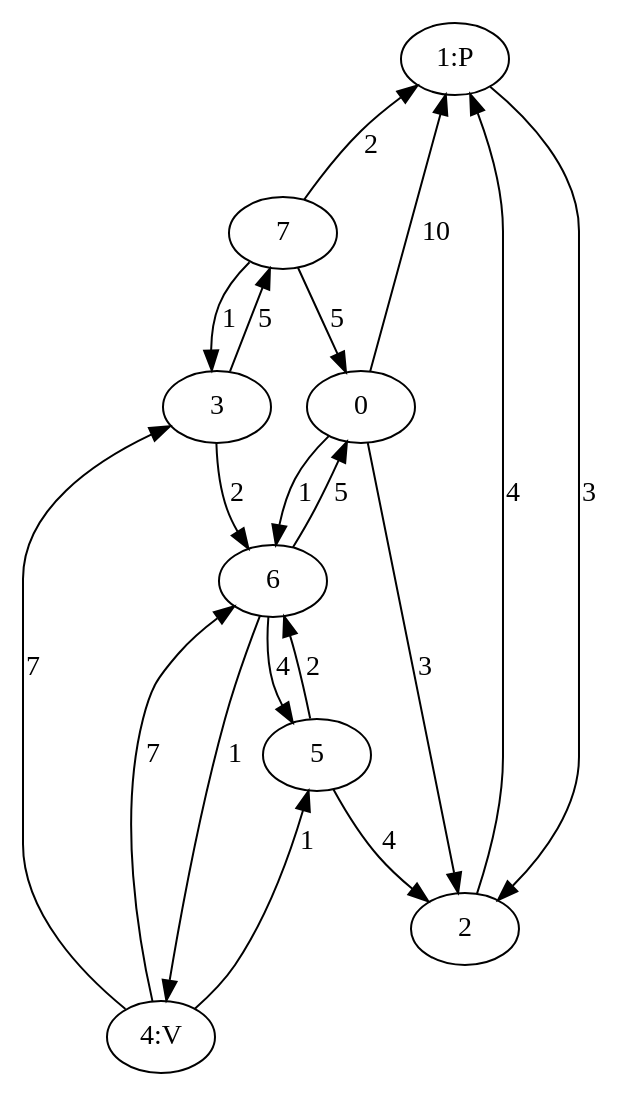
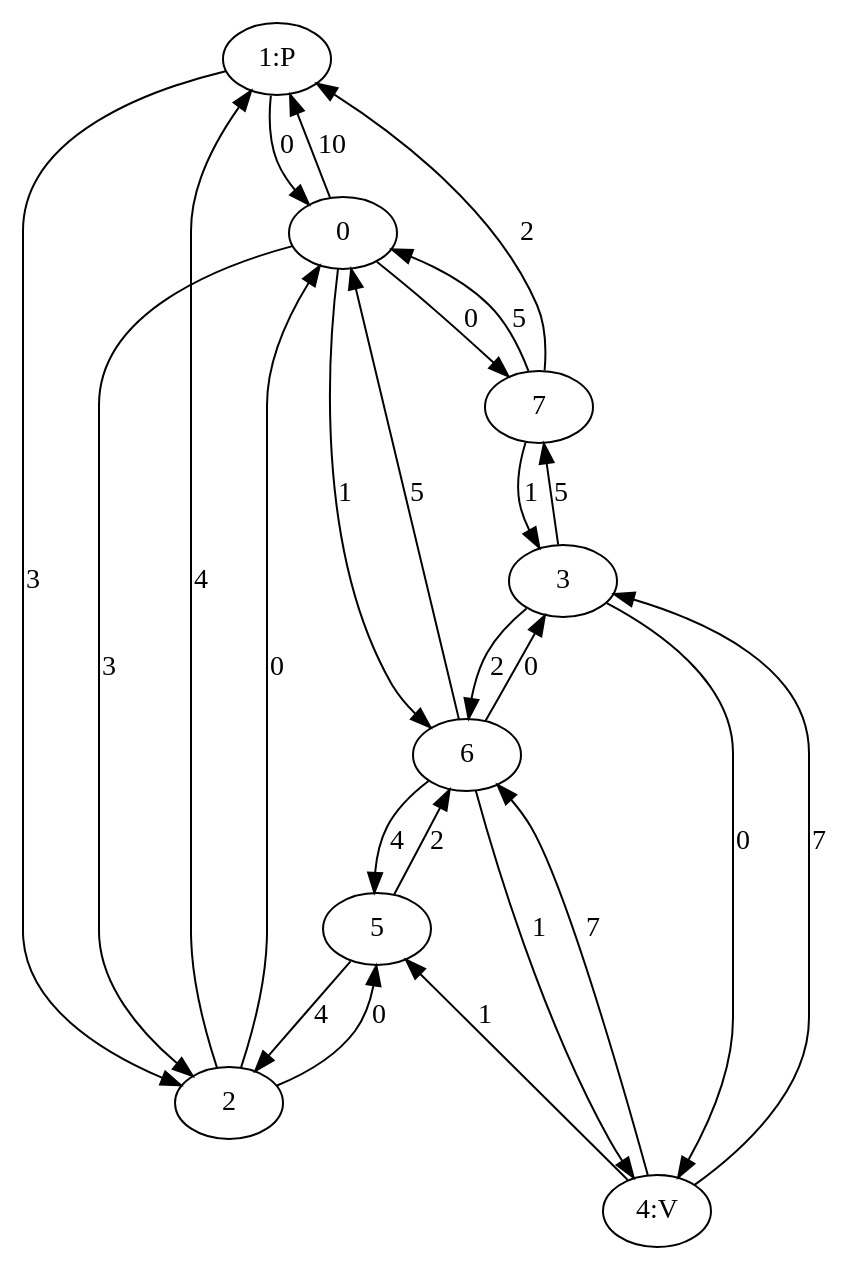
The diagram in labo6_galadiner/restnet.dot (michielglibert/algoritmen2), drawn with Graphviz before and after one commit. The commit also changed 45 other files, not shown here.

```diff
--- a/labo6_galadiner/restnet.dot
+++ b/labo6_galadiner/restnet.dot
@@ -1,22 +1,28 @@
 digraph {
 { rank=source; "1:P" }
 { rank=sink; "4:V" }
 0 -> "1:P"[label="10"];
 0 -> 2[label="3"];
 0 -> 6[label="1"];
+0 -> 7[label="0"];
+"1:P" -> 0[label="0"];
 "1:P" -> 2[label="3"];
+2 -> 0[label="0"];
 2 -> "1:P"[label="4"];
+2 -> 5[label="0"];
+3 -> "4:V"[label="0"];
 3 -> 6[label="2"];
 3 -> 7[label="5"];
 "4:V" -> 3[label="7"];
 "4:V" -> 5[label="1"];
 "4:V" -> 6[label="7"];
 5 -> 2[label="4"];
 5 -> 6[label="2"];
 6 -> 0[label="5"];
+6 -> 3[label="0"];
 6 -> "4:V"[label="1"];
 6 -> 5[label="4"];
 7 -> 0[label="5"];
 7 -> "1:P"[label="2"];
 7 -> 3[label="1"];
 }
```
